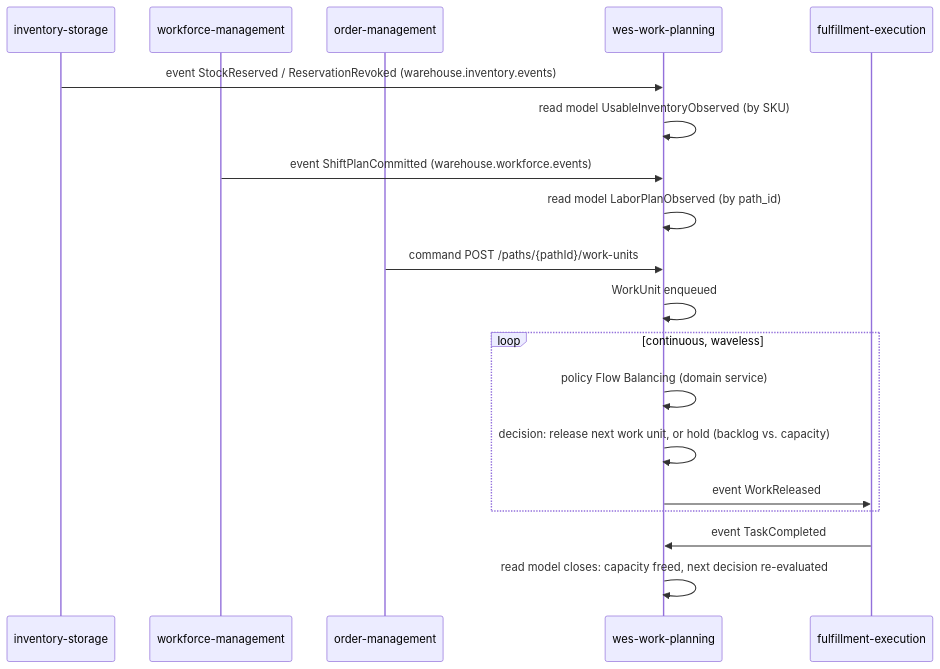
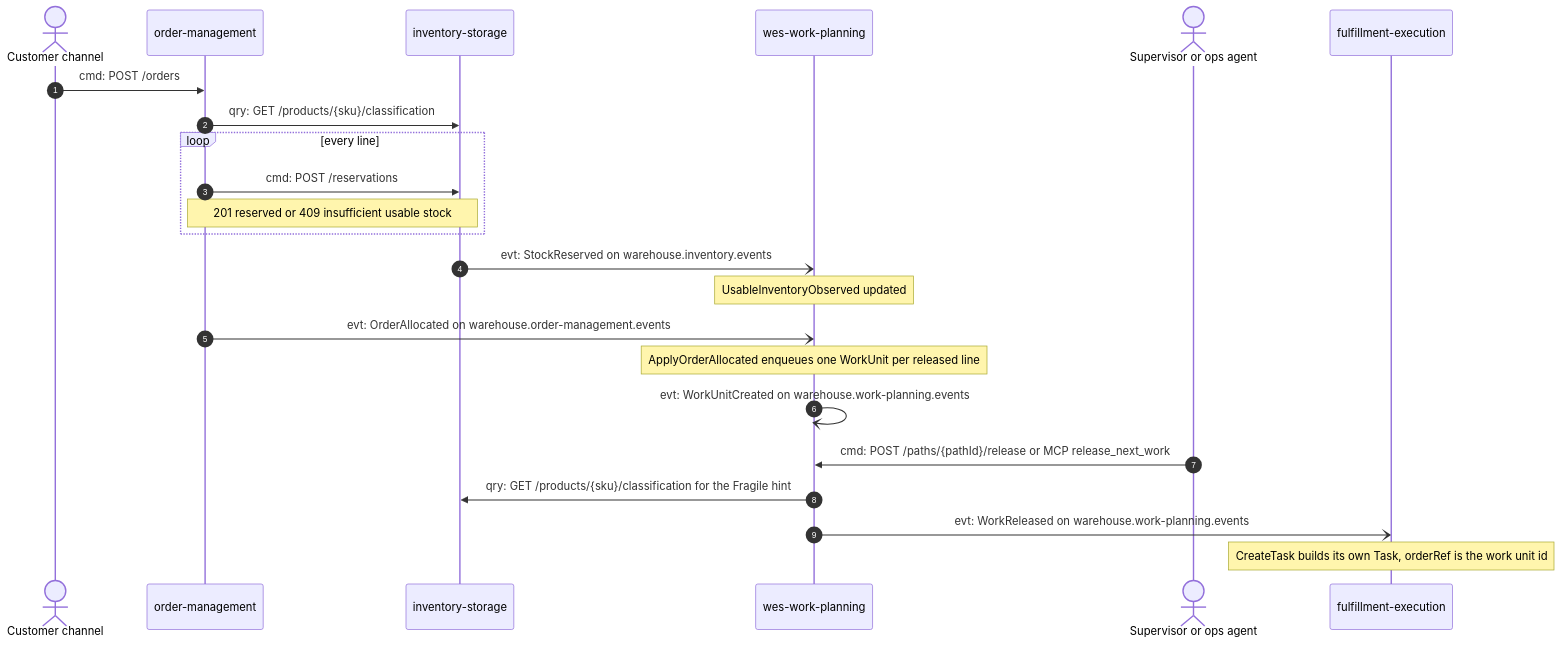
One commit to IQVO/warehouse-docs changed the second of 9 diagrams in docs/strategic-design/domain-message-flows.md. Above: the diagram before and after it, drawn with Mermaid. The commit also changed other lines of this file and 717 other files, not shown here.

````diff
--- a/docs/strategic-design/domain-message-flows.md
+++ b/docs/strategic-design/domain-message-flows.md
@@ -64,22 +121,25 @@
 ```mermaid
 sequenceDiagram
+    autonumber
+    actor Customer as Customer channel
+    participant OM as order-management
     participant INV as inventory-storage
-    participant WFM as workforce-management
-    participant OM as order-management
     participant WP as wes-work-planning
+    actor Sup as Supervisor or ops agent
     participant FE as fulfillment-execution
-
-    INV->>WP: event StockReserved / ReservationRevoked (warehouse.inventory.events)
-    WP->>WP: read model UsableInventoryObserved (by SKU)
-    WFM->>WP: event ShiftPlanCommitted (warehouse.workforce.events)
-    WP->>WP: read model LaborPlanObserved (by path_id)
-    OM->>WP: command POST /paths/{pathId}/work-units
-    WP->>WP: WorkUnit enqueued
-    loop continuous, waveless
-        WP->>WP: policy Flow Balancing (domain service)
-        WP->>WP: decision: release next work unit, or hold (backlog vs. capacity)
-        WP->>FE: event WorkReleased
+    Customer->>OM: cmd: POST /orders
+    OM->>INV: qry: GET /products/{sku}/classification
+    loop every line
+        OM->>INV: cmd: POST /reservations
+        Note over OM,INV: 201 reserved or 409 insufficient usable stock
     end
-    FE->>WP: event TaskCompleted
-    WP->>WP: read model closes: capacity freed, next decision re-evaluated
+    INV-)WP: evt: StockReserved on warehouse.inventory.events
+    Note over WP: UsableInventoryObserved updated
+    OM-)WP: evt: OrderAllocated on warehouse.order-management.events
+    Note over WP: ApplyOrderAllocated enqueues one WorkUnit per released line
+    WP-)WP: evt: WorkUnitCreated on warehouse.work-planning.events
+    Sup->>WP: cmd: POST /paths/{pathId}/release or MCP release_next_work
+    WP->>INV: qry: GET /products/{sku}/classification for the Fragile hint
+    WP-)FE: evt: WorkReleased on warehouse.work-planning.events
+    Note over FE: CreateTask builds its own Task, orderRef is the work unit id
 ```
````
